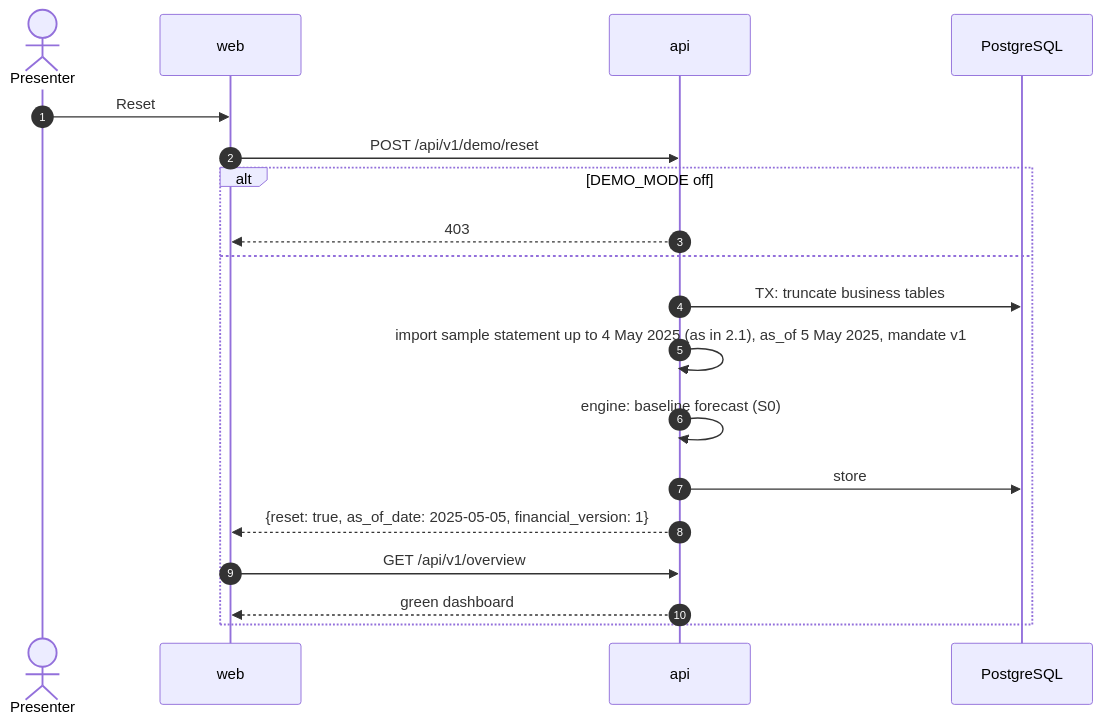
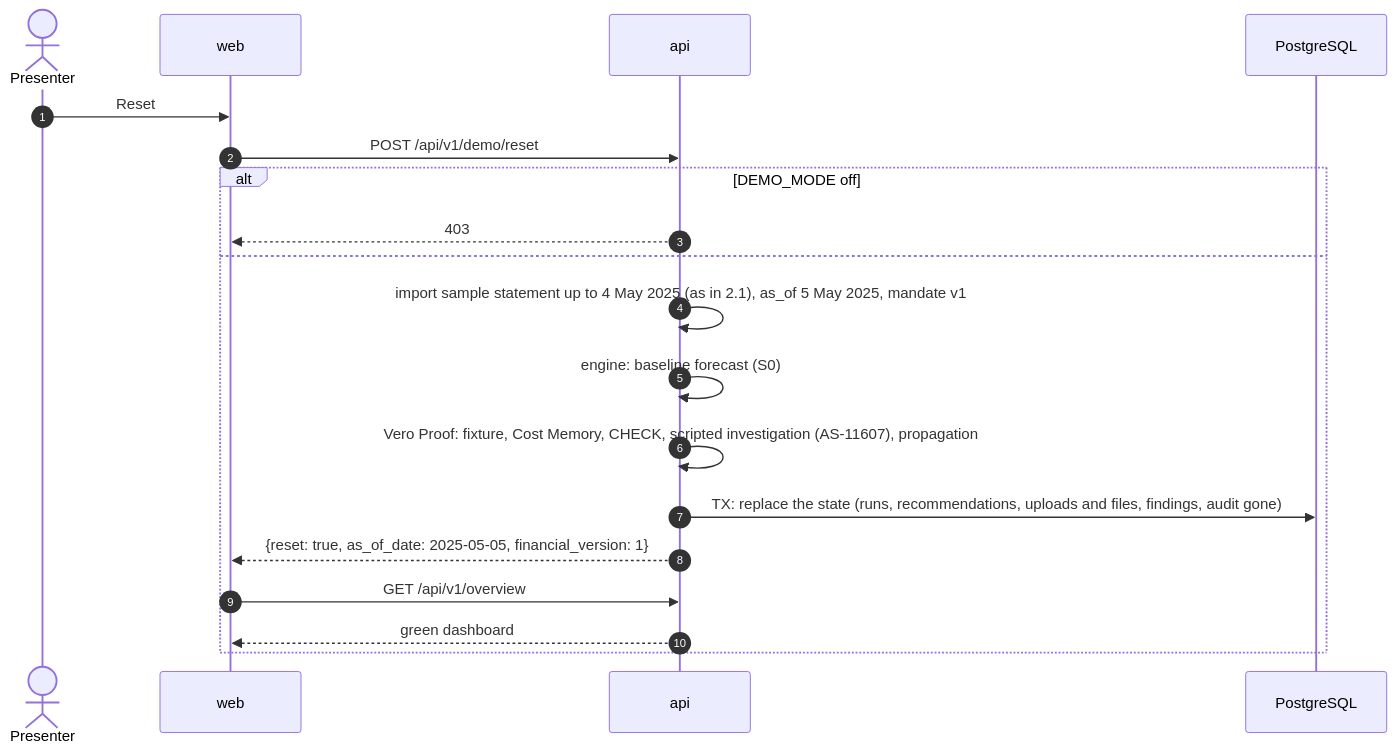
One commit to hold-my-laptop/autonomous-cfo changed diagram 16 of 23 in docs/ARCHITECTURE.md. Above: the diagram before and after it, drawn with Mermaid. The commit also changed 3 other files, not shown here.

Commit message:
Added reset tests proving both phases come back identical after a busy demo, an executed amount change or an investigation in progress, with the upload and its file gone and the reset under five seconds

````diff
--- a/docs/ARCHITECTURE.md
+++ b/docs/ARCHITECTURE.md
@@ -437,22 +437,22 @@
 ```mermaid
 sequenceDiagram
   autonumber
   actor P as Presenter
   participant W as web
   participant A as api
   participant DB as PostgreSQL
 
   P->>W: Reset
   W->>A: POST /api/v1/demo/reset
   alt DEMO_MODE off
     A-->>W: 403
   else
-    A->>DB: TX: truncate business tables
     A->>A: import sample statement up to 4 May 2025 (as in 2.1), as_of 5 May 2025, mandate v1
     A->>A: engine: baseline forecast (S0)
-    A->>DB: store
+    A->>A: Vero Proof: fixture, Cost Memory, CHECK, scripted investigation (AS-11607), propagation
+    A->>DB: TX: replace the state (runs, recommendations, uploads and files, findings, audit gone)
     A-->>W: {reset: true, as_of_date: 2025-05-05, financial_version: 1}
     W->>A: GET /api/v1/overview
     A-->>W: green dashboard
   end
 ```
````
